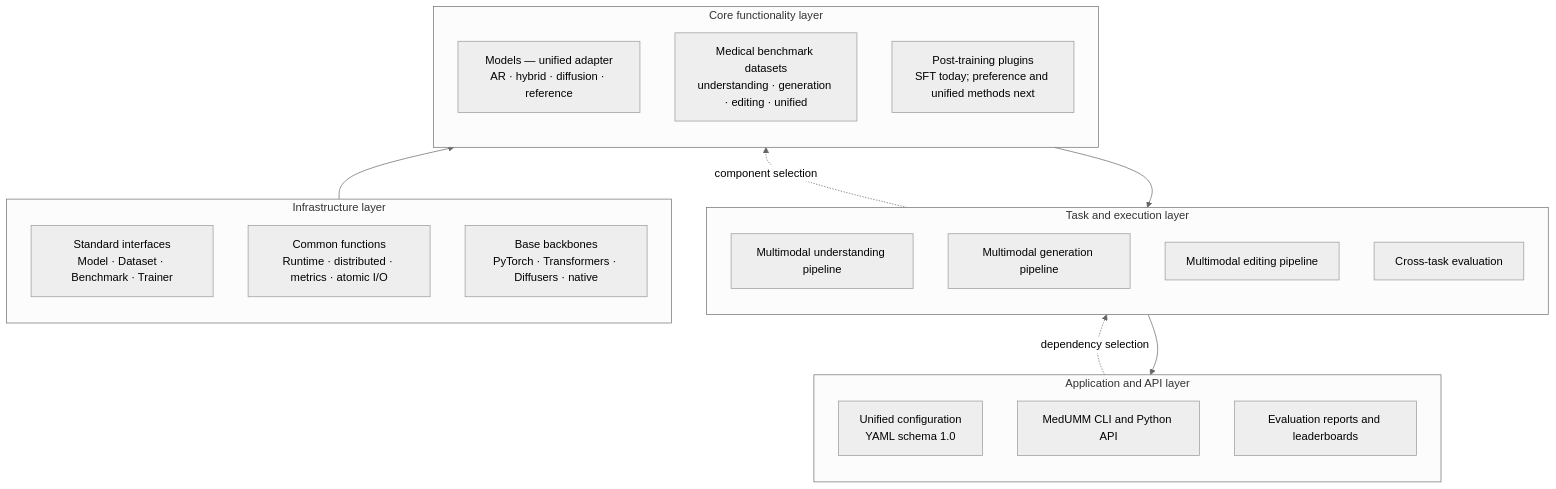
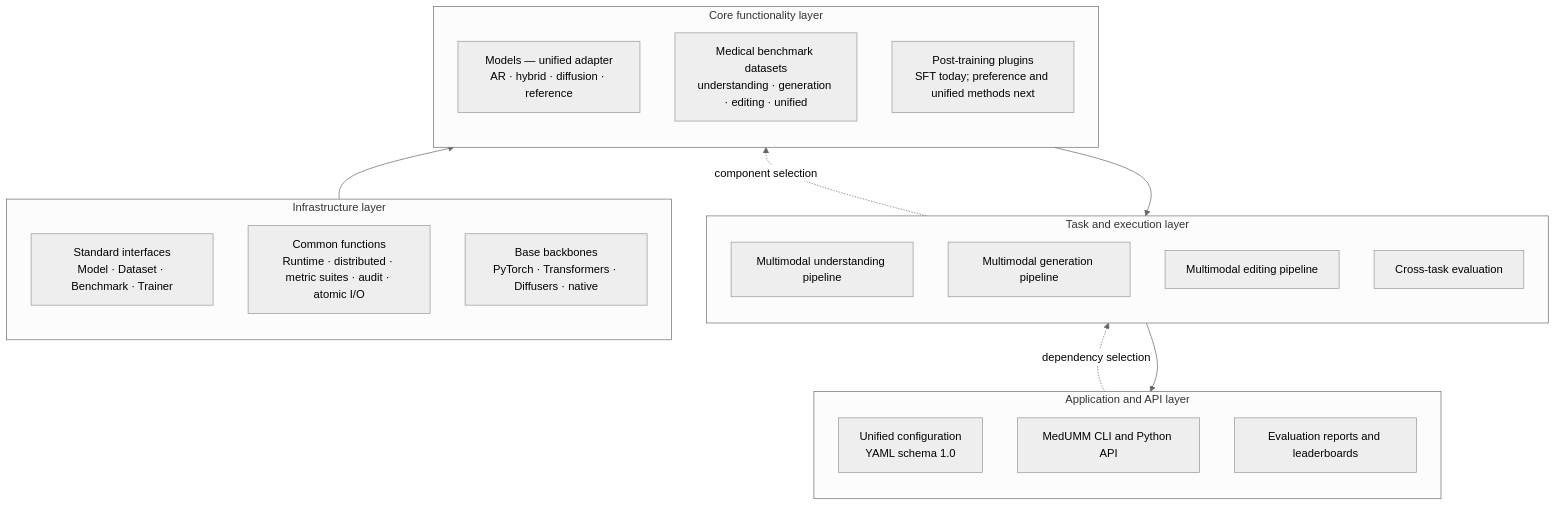
One commit to lixiangcog/MedUMM changed the diagram in docs/architecture.md. Above: the diagram before and after it, drawn with Mermaid (neutral theme). The commit also changed other lines of this file and 38 other files, not shown here.

````diff
--- a/docs/architecture.md
+++ b/docs/architecture.md
@@ -7,33 +7,33 @@
 ```mermaid
 flowchart BT
   subgraph infra["Infrastructure layer"]
     interfaces["Standard interfaces<br/>Model · Dataset · Benchmark · Trainer"]
-    common["Common functions<br/>Runtime · distributed · metrics · atomic I/O"]
+    common["Common functions<br/>Runtime · distributed · metric suites · audit · atomic I/O"]
     bases["Base backbones<br/>PyTorch · Transformers · Diffusers · native"]
   end
 
   subgraph core["Core functionality layer"]
     models["Models — unified adapter<br/>AR · hybrid · diffusion · reference"]
     datasets["Medical benchmark datasets<br/>understanding · generation · editing · unified"]
     training["Post-training plugins<br/>SFT today; preference and unified methods next"]
   end
 
   subgraph tasks["Task and execution layer"]
     understand["Multimodal understanding pipeline"]
     generate["Multimodal generation pipeline"]
     edit["Multimodal editing pipeline"]
     cross["Cross-task evaluation"]
   end
 
   subgraph app["Application and API layer"]
     config["Unified configuration<br/>YAML schema 1.0"]
     api["MedUMM CLI and Python API"]
     reports["Evaluation reports and leaderboards"]
   end
 
   infra --> core
   core --> tasks
   tasks --> app
   app -. "dependency selection" .-> tasks
   tasks -. "component selection" .-> core
 ```
````
